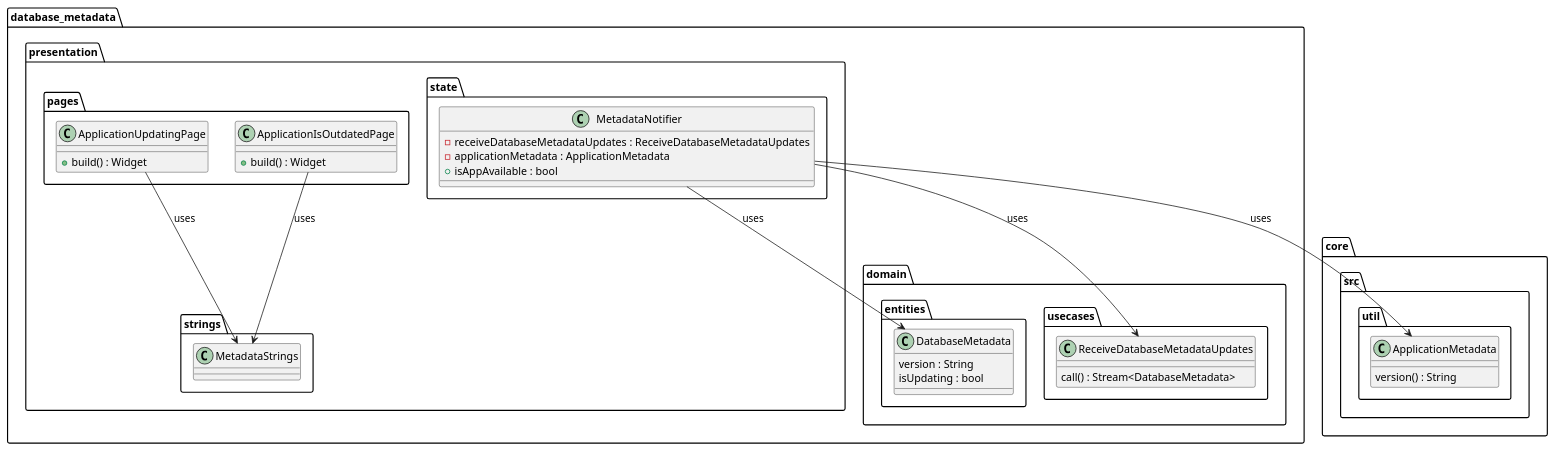
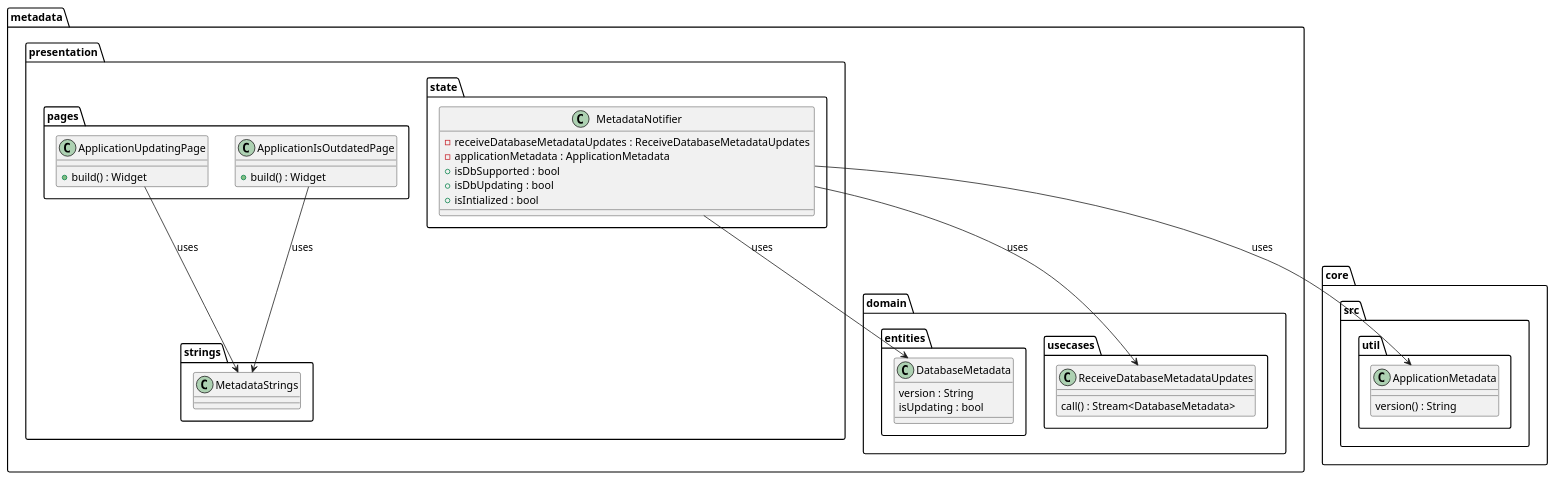
Before and after one commit to Flank/flank-dashboard: the diagram in metrics/web/docs/features/database_metadata/diagrams/metadata_presentation_class_diagram.puml, drawn with PlantUML. The commit also changed 3 other files, not shown here.

```diff
--- a/metrics/web/docs/features/database_metadata/diagrams/metadata_presentation_class_diagram.puml
+++ b/metrics/web/docs/features/database_metadata/diagrams/metadata_presentation_class_diagram.puml
@@ -1,58 +1,60 @@
 @startuml metadata_presentation_class_diagram
 
 package core.src.util {
     class ApplicationMetadata {
         version() : String
     }
 }
 
-package database_metadata {
+package metadata {
     package domain {
         package entities {
             class DatabaseMetadata {
                 version : String
                 isUpdating : bool
             }
         }
 
 
         package usecases {
             class ReceiveDatabaseMetadataUpdates {
                 call() : Stream<DatabaseMetadata>
             }
         }
     }
 
     package presentation {
         package state {
             class MetadataNotifier {
                 - receiveDatabaseMetadataUpdates : ReceiveDatabaseMetadataUpdates
                 - applicationMetadata : ApplicationMetadata
-                + isAppAvailable : bool 
+                + isDbSupported : bool 
+                + isDbUpdating : bool
+                + isIntialized : bool 
             }
         }
 
         package pages {
             class ApplicationUpdatingPage {
                 + build() : Widget
             }
             class ApplicationIsOutdatedPage {
                 + build() : Widget
             }
         }
 
         package strings {
             class MetadataStrings {}
         }
     }
 }
 
 MetadataNotifier --> ApplicationMetadata : uses
 MetadataNotifier --> ReceiveDatabaseMetadataUpdates : uses
 MetadataNotifier --> DatabaseMetadata : uses
 
 ApplicationUpdatingPage --> MetadataStrings : uses
 ApplicationIsOutdatedPage --> MetadataStrings : uses
 
 
 @enduml
```
